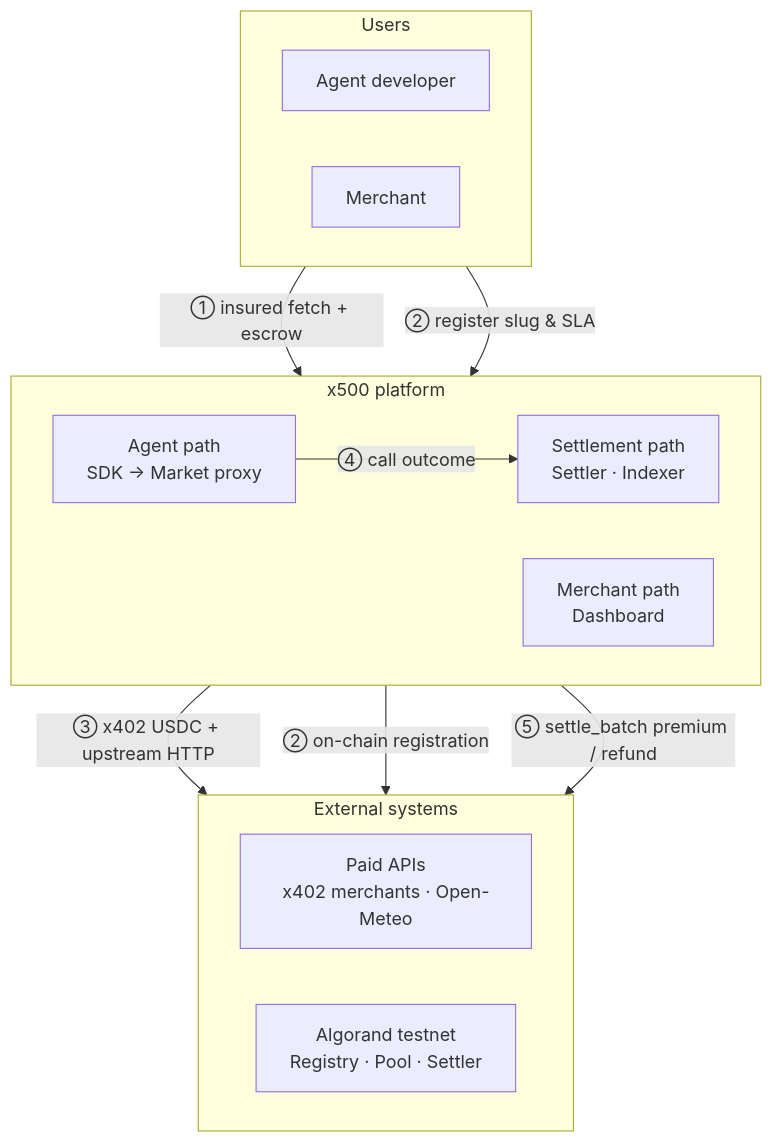
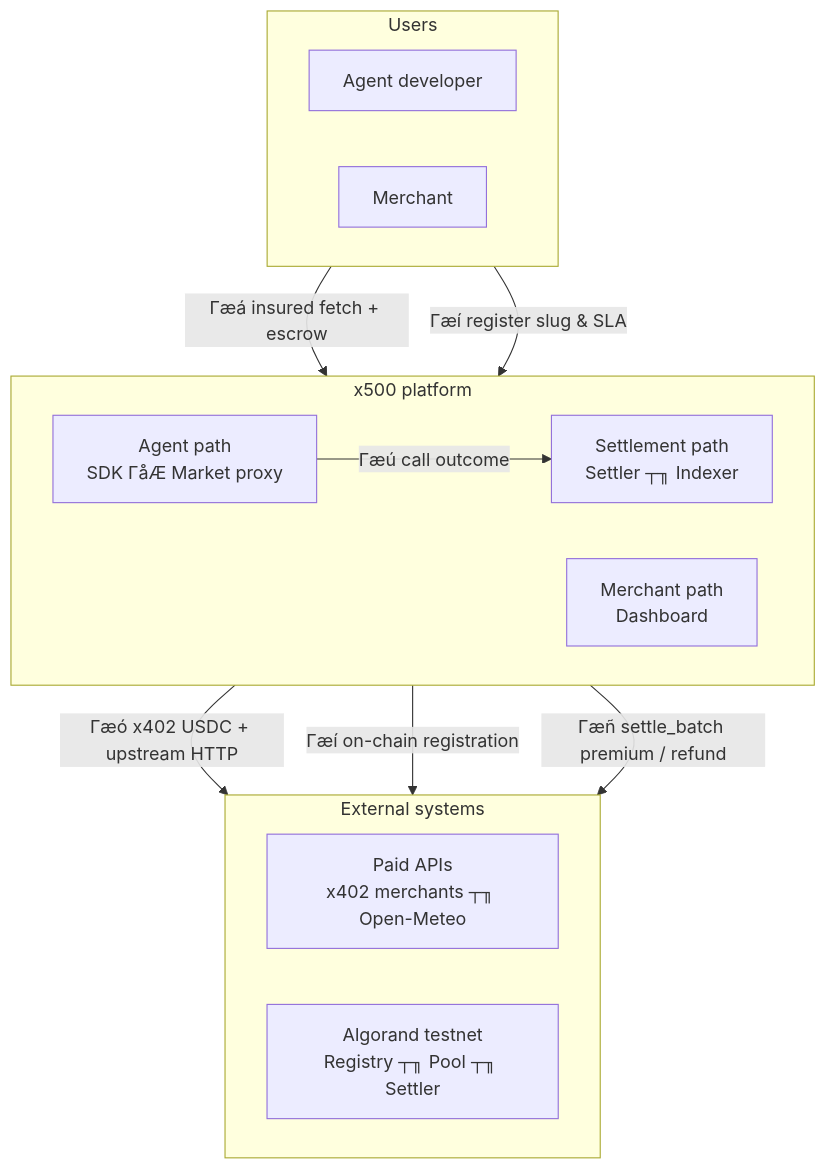
Before and after one commit to Marshal-AM/x500-algorand: the fifth of 7 diagrams in README.md, drawn with Mermaid. The commit also changed other lines of this file and 8 other files, not shown here.

````diff
--- a/README.md
+++ b/README.md
@@ -459,29 +463,29 @@
 ```mermaid
 flowchart TB
   subgraph users [Users]
     direction LR
     AD[Agent developer]
     MER[Merchant]
   end
 
   subgraph platform [x500 platform]
     direction LR
-    AGENT_PATH["Agent path<br/>SDK → Market proxy"]
+    AGENT_PATH["Agent path<br/>SDK ΓåÆ Market proxy"]
     MERCHANT_PATH["Merchant path<br/>Dashboard"]
-    SETTLE_PATH["Settlement path<br/>Settler · Indexer"]
+    SETTLE_PATH["Settlement path<br/>Settler ┬╖ Indexer"]
   end
 
   subgraph external [External systems]
     direction LR
-    APIS["Paid APIs<br/>x402 merchants · Open-Meteo"]
-    CHAIN["Algorand testnet<br/>Registry · Pool · Settler"]
+    APIS["Paid APIs<br/>x402 merchants ┬╖ Open-Meteo"]
+    CHAIN["Algorand testnet<br/>Registry ┬╖ Pool ┬╖ Settler"]
   end
 
-  AD -->|"① insured fetch + escrow"| AGENT_PATH
-  MER -->|"② register slug & SLA"| MERCHANT_PATH
+  AD -->|"Γæá insured fetch + escrow"| AGENT_PATH
+  MER -->|"Γæí register slug & SLA"| MERCHANT_PATH
 
-  AGENT_PATH -->|"③ x402 USDC + upstream HTTP"| APIS
-  AGENT_PATH -->|"④ call outcome"| SETTLE_PATH
-  MERCHANT_PATH -->|"② on-chain registration"| CHAIN
-  SETTLE_PATH -->|"⑤ settle_batch premium / refund"| CHAIN
+  AGENT_PATH -->|"Γæó x402 USDC + upstream HTTP"| APIS
+  AGENT_PATH -->|"Γæú call outcome"| SETTLE_PATH
+  MERCHANT_PATH -->|"Γæí on-chain registration"| CHAIN
+  SETTLE_PATH -->|"Γæñ settle_batch premium / refund"| CHAIN
 ```
````
